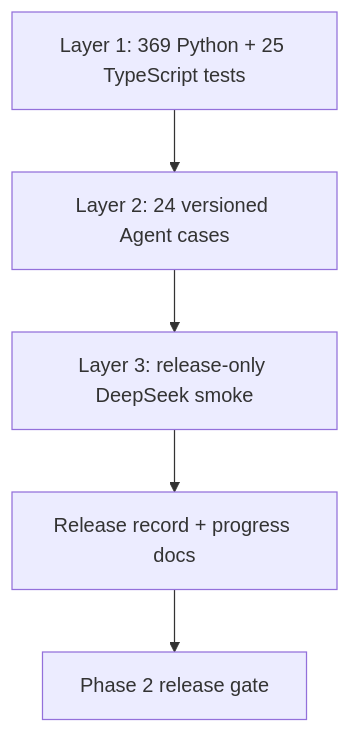
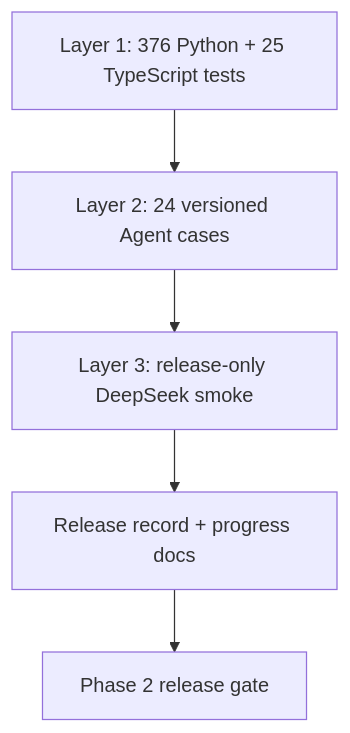
One commit to NEDONION/lobster0 changed the first of 4 diagrams in docs/engineering/phase-2/testing-and-debugging.md. Above: the diagram before and after it, drawn with Mermaid. The commit also changed other lines of this file and 17 other files, not shown here.

````diff
--- a/docs/engineering/phase-2/testing-and-debugging.md
+++ b/docs/engineering/phase-2/testing-and-debugging.md
@@ -22,7 +22,7 @@
 ```mermaid
 flowchart TB
-    UNIT["Layer 1: 369 Python + 25 TypeScript tests"] --> OFFLINE["Layer 2: 24 versioned Agent cases"]
+    UNIT["Layer 1: 376 Python + 25 TypeScript tests"] --> OFFLINE["Layer 2: 24 versioned Agent cases"]
     OFFLINE --> LIVE["Layer 3: release-only DeepSeek smoke"]
     LIVE --> DOC["Release record + progress docs"]
     DOC --> RELEASE["Phase 2 release gate"]
 ```
````
